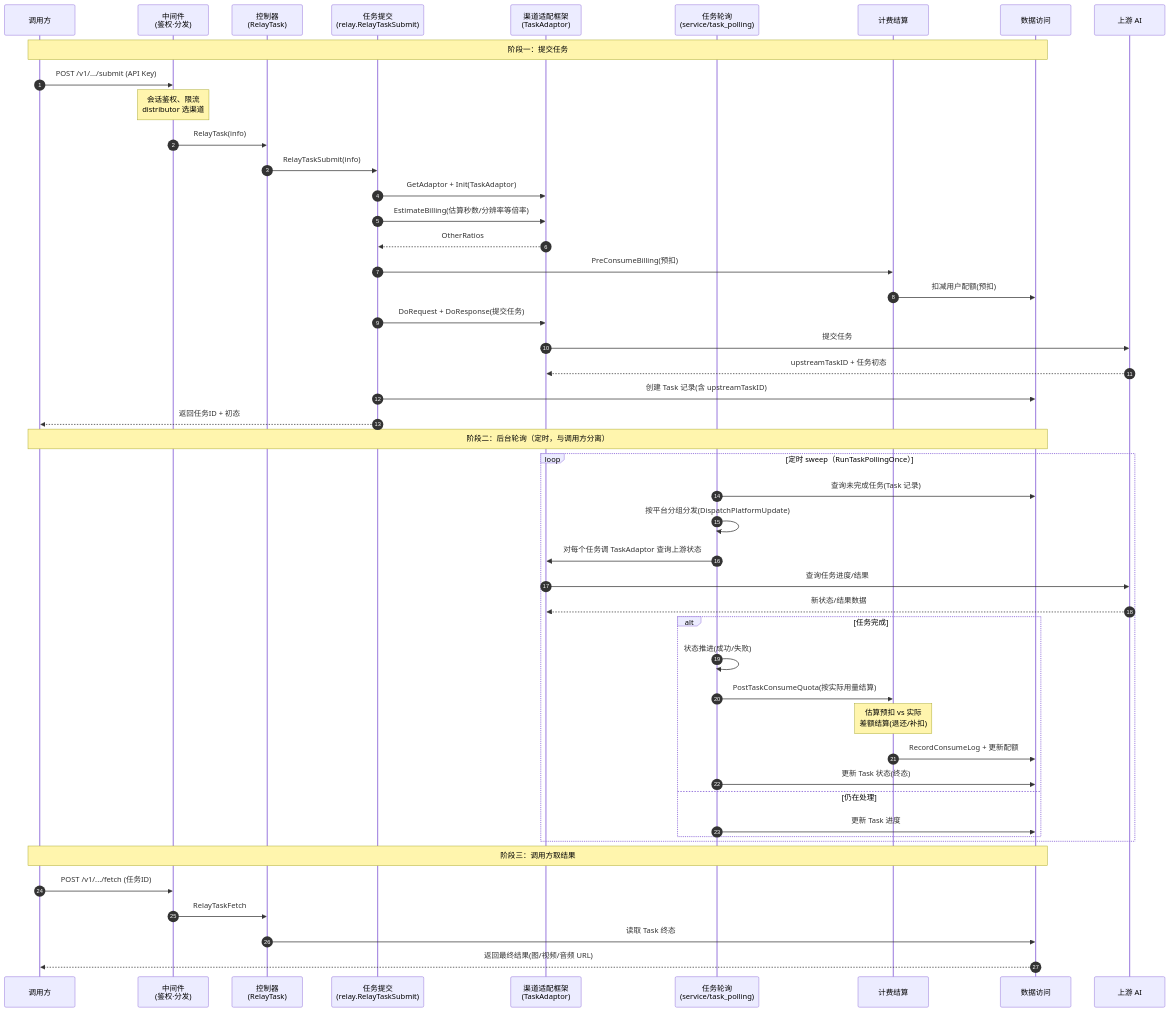
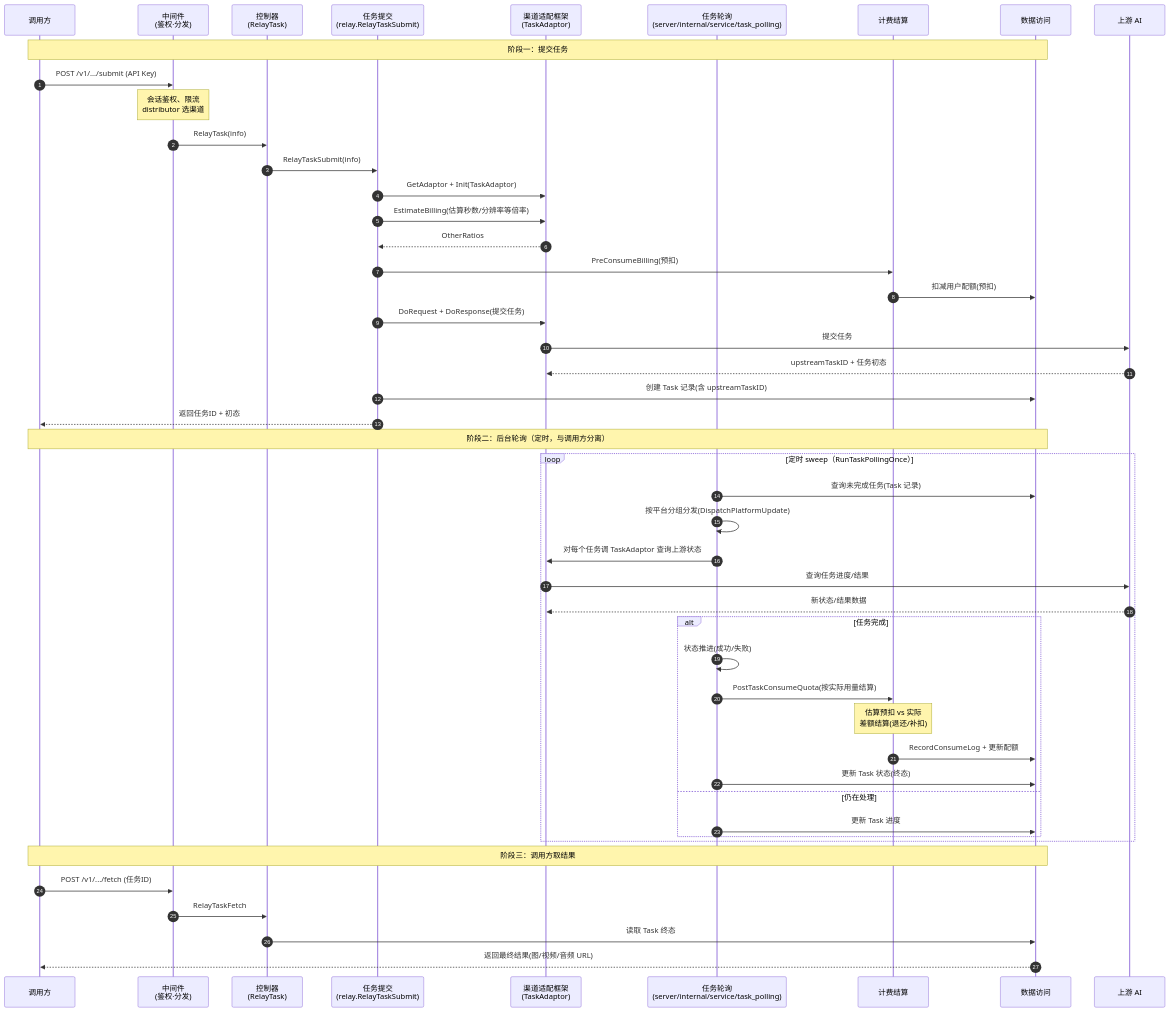
One commit to ChaosXu/new-api changed the diagram in specs/03-ARCH/L3/new-api/flows/async-task.md. Above: the diagram before and after it, drawn with Mermaid. The commit also changed other lines of this file and 52 other files, not shown here.

````diff
--- a/specs/03-ARCH/L3/new-api/flows/async-task.md
+++ b/specs/03-ARCH/L3/new-api/flows/async-task.md
@@ -7,53 +7,53 @@
 ```mermaid
 sequenceDiagram
     autonumber
     participant Client as 调用方
     participant MW as 中间件<br/>(鉴权·分发)
     participant Ctrl as 控制器<br/>(RelayTask)
     participant Submit as 任务提交<br/>(relay.RelayTaskSubmit)
     participant Adapt as 渠道适配框架<br/>(TaskAdaptor)
-    participant Poll as 任务轮询<br/>(service/task_polling)
+    participant Poll as 任务轮询<br/>(server/internal/service/task_polling)
     participant Bill as 计费结算
     participant Data as 数据访问
     participant Upstream as 上游 AI
 
     Note over Client,Data: 阶段一：提交任务
     Client->>MW: POST /v1/.../submit (API Key)
     Note over MW: 会话鉴权、限流<br/>distributor 选渠道
     MW->>Ctrl: RelayTask(info)
     Ctrl->>Submit: RelayTaskSubmit(info)
     Submit->>Adapt: GetAdaptor + Init(TaskAdaptor)
     Submit->>Adapt: EstimateBilling(估算秒数/分辨率等倍率)
     Adapt-->>Submit: OtherRatios
     Submit->>Bill: PreConsumeBilling(预扣)
     Bill->>Data: 扣减用户配额(预扣)
     Submit->>Adapt: DoRequest + DoResponse(提交任务)
     Adapt->>Upstream: 提交任务
     Upstream-->>Adapt: upstreamTaskID + 任务初态
     Submit->>Data: 创建 Task 记录(含 upstreamTaskID)
     Submit-->>Client: 返回任务ID + 初态
 
     Note over Client,Data: 阶段二：后台轮询（定时，与调用方分离）
     loop 定时 sweep（RunTaskPollingOnce）
         Poll->>Data: 查询未完成任务(Task 记录)
         Poll->>Poll: 按平台分组分发(DispatchPlatformUpdate)
         Poll->>Adapt: 对每个任务调 TaskAdaptor 查询上游状态
         Adapt->>Upstream: 查询任务进度/结果
         Upstream-->>Adapt: 新状态/结果数据
         alt 任务完成
             Poll->>Poll: 状态推进(成功/失败)
             Poll->>Bill: PostTaskConsumeQuota(按实际用量结算)
             Note over Bill: 估算预扣 vs 实际<br/>差额结算(退还/补扣)
             Bill->>Data: RecordConsumeLog + 更新配额
             Poll->>Data: 更新 Task 状态(终态)
         else 仍在处理
             Poll->>Data: 更新 Task 进度
         end
     end
 
     Note over Client,Data: 阶段三：调用方取结果
     Client->>MW: POST /v1/.../fetch (任务ID)
     MW->>Ctrl: RelayTaskFetch
     Ctrl->>Data: 读取 Task 终态
     Data-->>Client: 返回最终结果(图/视频/音频 URL)
 ```
````
